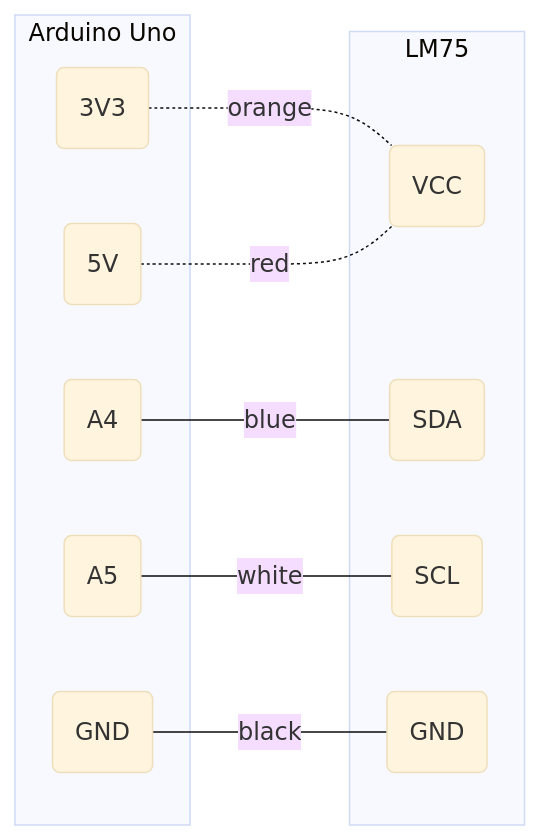
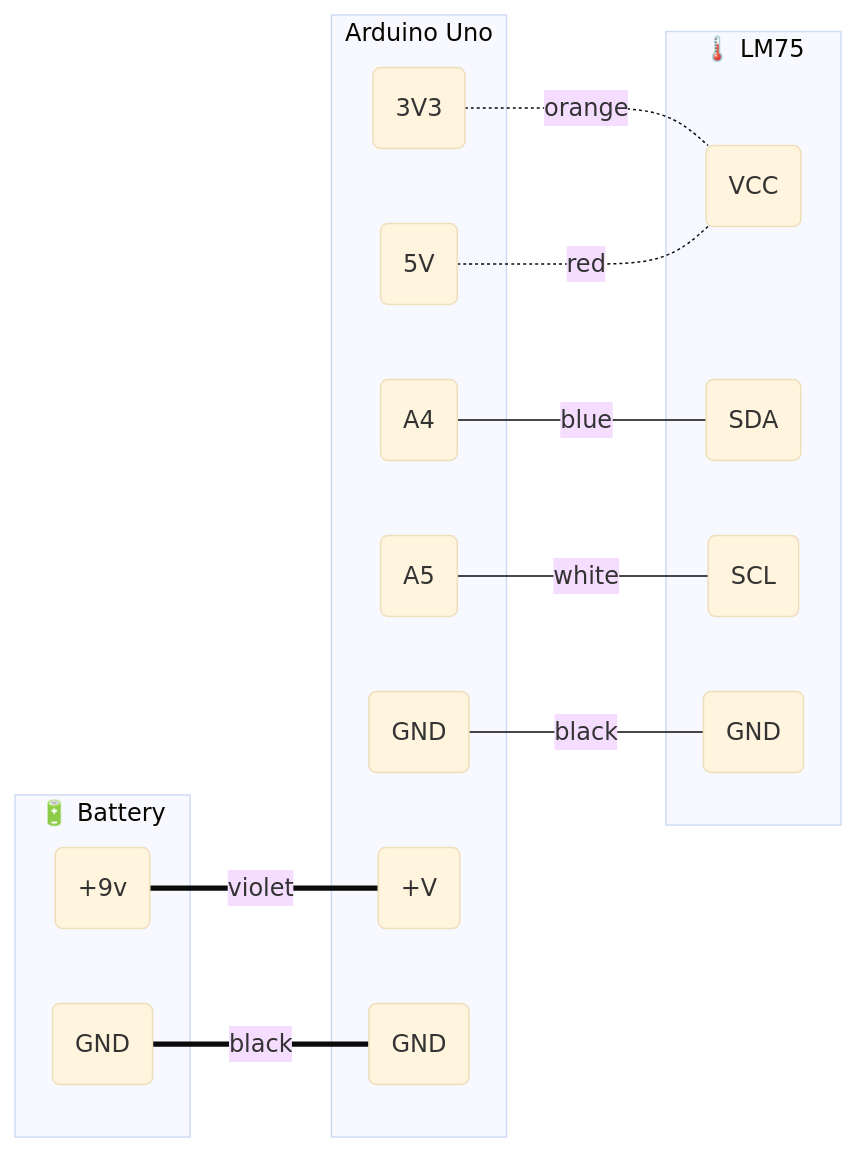
One commit to jochen4errors/colorcodes changed the first of 2 diagrams in wires.md. Above: the diagram before and after it, drawn with Mermaid (base theme). The commit also changed other lines of this file, not shown here.

````diff
--- a/wires.md
+++ b/wires.md
@@ -19,22 +19,32 @@
 ```mermaid
 flowchart LR;
   Uno_3V3-.-|orange|L75_VCC
   Uno_5V-.-|red|L75_VCC
   Uno_A4---|blue|L75_SDA
   Uno_A5---|white|L75_SCL
   Uno_GND---|black|L75_GND
-  subgraph LM75
+  Battery_V(+9v)===|violet|Uno_Battery_Plug+(+V)
+  Battery_GND(GND)===|black|Uno_Battery_Plug-(GND)
+  
+  subgraph "🌡️ LM75"
     L75_VCC(VCC)
     L75_GND(GND)
     L75_SDA(SDA)
     L75_SCL(SCL)
   end
-  subgraph Arduino Uno
-      Uno_3V3(3V3)
-      Uno_5V(5V)
-      Uno_GND(GND)
-      Uno_A4(A4)
-      Uno_A5(A5)
+
+  subgraph "Arduino Uno"
+    Uno_3V3(3V3)
+    Uno_5V(5V)
+    Uno_GND(GND)
+    Uno_A4(A4)
+    Uno_A5(A5)
+    Uno_Battery_Plug+(+V)
+    Uno_Battery_Plug-(GND)
   end
 
+  subgraph "🔋 Battery"
+    Battery_V(+9v)
+    Battery_GND(GND)
+  end
 ```
````
